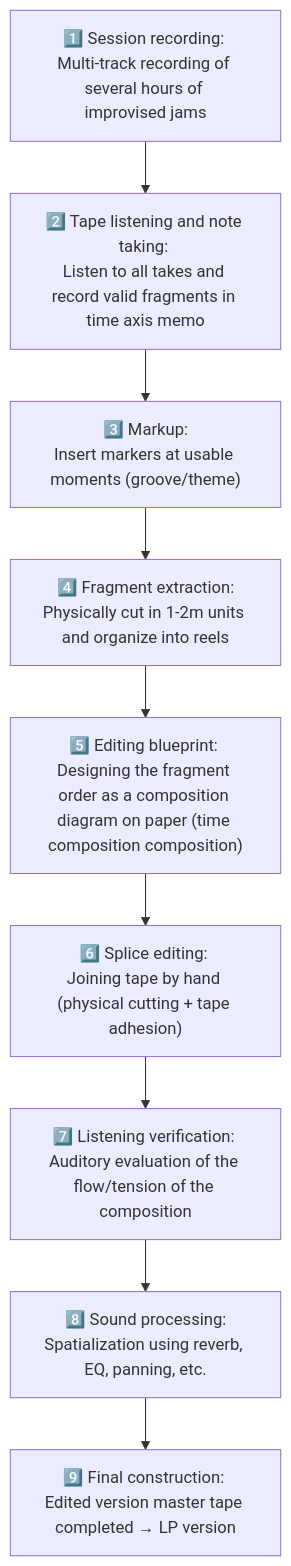
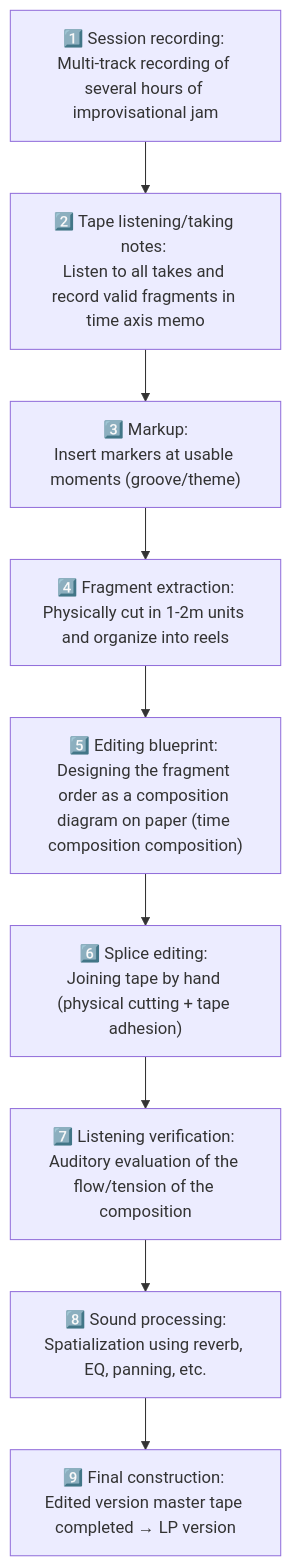
One commit to monumental-movement/monumental-movement.github.io changed the fourth of 12 diagrams in en/_posts/2025-10-28-column-macero-miles.md. Above: the diagram before and after it, drawn with Mermaid. The commit also changed other lines of this file and 851 other files, not shown here.

```diff
--- a/en/_posts/2025-10-28-column-macero-miles.md
+++ b/en/_posts/2025-10-28-column-macero-miles.md
@@ -197,13 +197,13 @@
 <div class="mermaid">
 
 flowchart TD
-    A["1️⃣ Session recording: <br>Multi-track recording of several hours of improvised jams"] --> B["2️⃣ Tape listening and note taking: <br>Listen to all takes and record valid fragments in time axis memo"]
+    A["1️⃣ Session recording: <br>Multi-track recording of several hours of improvisational jam"] --> B["2️⃣ Tape listening/taking notes: <br>Listen to all takes and record valid fragments in time axis memo"]
     B --> C["3️⃣ Markup:<br>Insert markers at usable moments (groove/theme)"]
     C --> D["4️⃣ Fragment extraction:<br>Physically cut in 1-2m units and organize into reels"]
     D --> E["5️⃣ Editing blueprint: <br>Designing the fragment order as a composition diagram on paper (time composition composition)"]
     E --> F["6️⃣ Splice editing: <br>Joining tape by hand (physical cutting + tape adhesion)"]
     F --> G["7️⃣ Listening verification: <br>Auditory evaluation of the flow/tension of the composition"]
     G --> H["8️⃣ Sound processing:<br>Spatialization using reverb, EQ, panning, etc."]
     H --> I["9️⃣ Final construction: <br>Edited version master tape completed → LP version"]
 
 </div>
```
